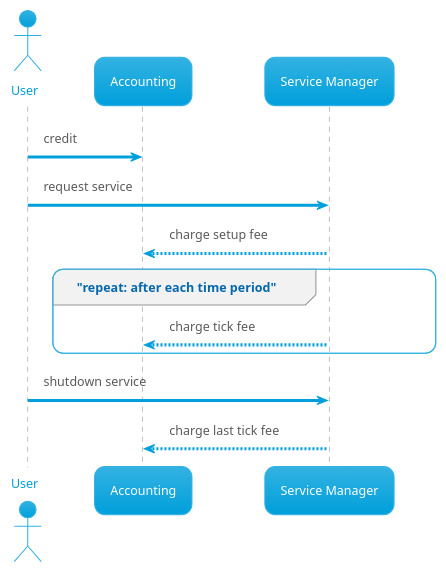
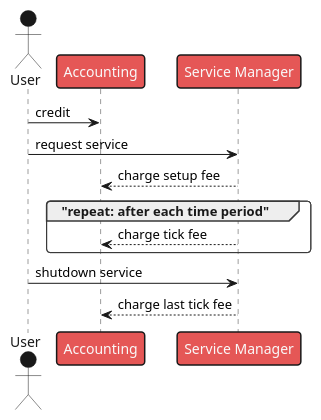
The fourth of 6 diagrams in doc/img/UC2.puml (Blockchain-Data-Analytics/BCA-Service-Tokenization), drawn with PlantUML before and after one commit. The commit also changed other lines of this file and 16 other files, not shown here.

```diff
--- a/doc/img/UC2.puml
+++ b/doc/img/UC2.puml
@@ -91,24 +91,24 @@
 @startuml Seq-Service-Billing
 
-!theme bluegray
+!theme mars
 
 skinparam backgroundColor #ffffff
 
 actor "User" as user order 1
 participant "Accounting" as accounting order 2
 participant "Service Manager" as sm order 3
 
 user -> accounting :  credit
 
 user -> sm : request service
 
 accounting <-- sm : charge setup fee
 
 group "repeat: after each time period"
 accounting <-- sm : charge tick fee
 end
 
 user -> sm : shutdown service
 accounting <-- sm : charge last tick fee
 
 @enduml
```
